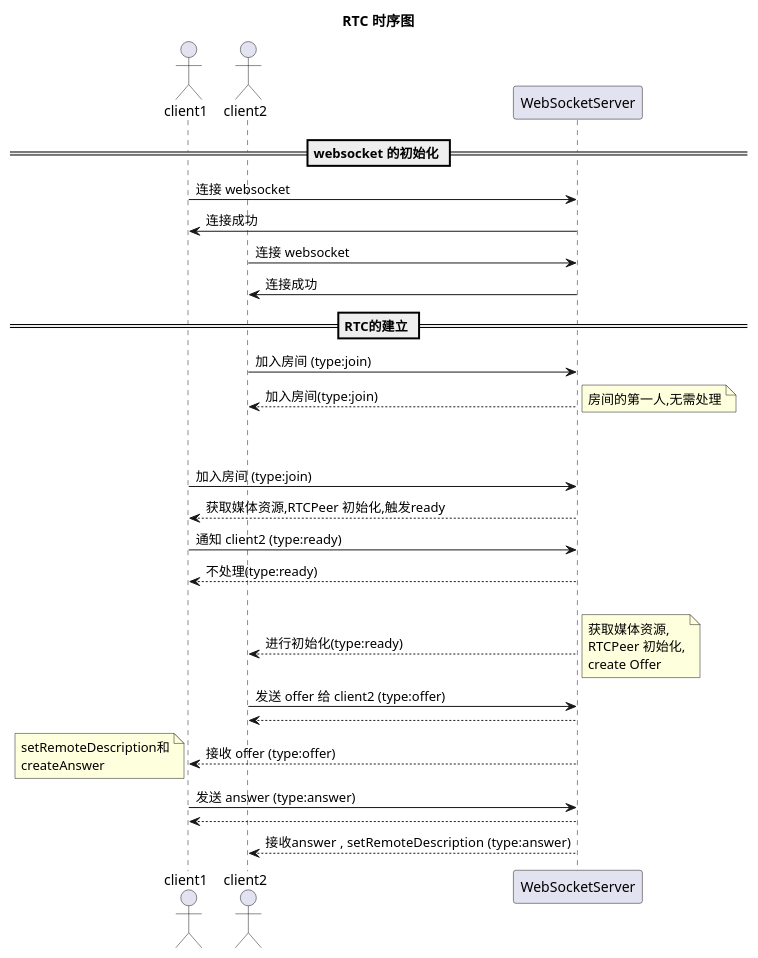
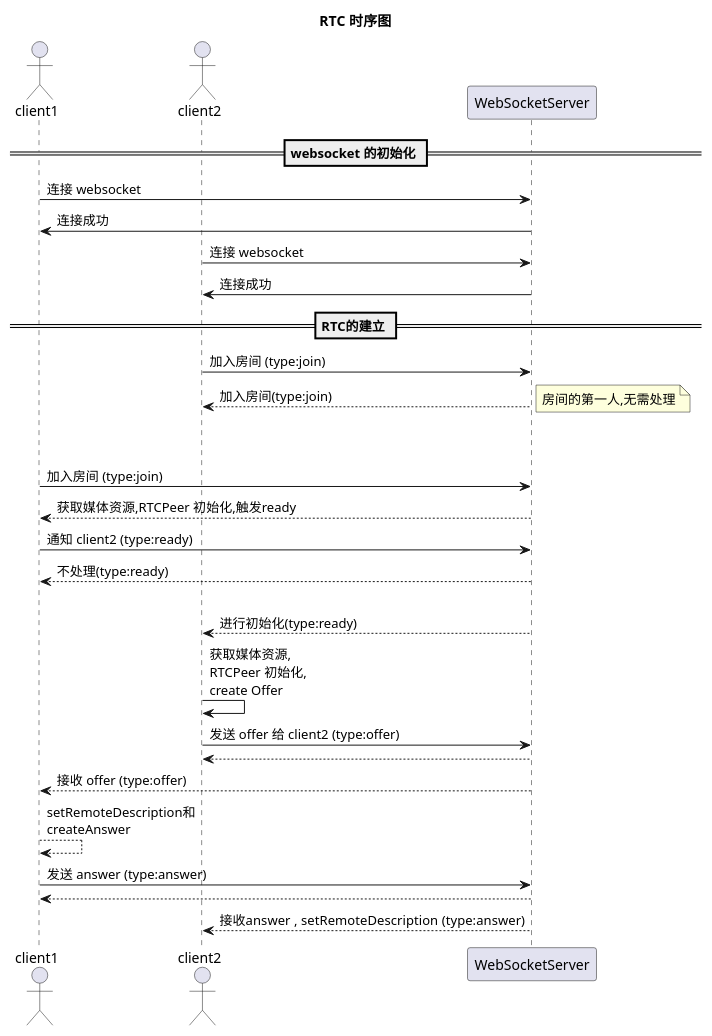
One commit to idcpj/hello_webrtc changed the diagram in docs/流程.puml. Above: the diagram before and after it, drawn with PlantUML. The commit also changed 6 other files, not shown here.

```diff
--- a/docs/流程.puml
+++ b/docs/流程.puml
@@ -1,36 +1,36 @@
 @startuml
 
 Title RTC 时序图
 
 actor       client1       as client1
 actor       client2       as client2
 participant WebSocketServer   as server
 
 == websocket 的初始化 ==
 client1 -> server: 连接 websocket
 server  -> client1: 连接成功
 client2 -> server: 连接 websocket
 server  -> client2: 连接成功
 
 == RTC的建立 ==
 client2 -> server:  加入房间 (type:join)
 return  加入房间(type:join)
 note right: 房间的第一人,无需处理
 ||45||
 client1 -> server:  加入房间 (type:join)
 return 获取媒体资源,RTCPeer 初始化,触发ready
 client1 -> server: 通知 client2 (type:ready)
 return  不处理(type:ready)
 ||20||
 server  --> client2: 进行初始化(type:ready)
-note right:获取媒体资源,\nRTCPeer 初始化,\ncreate Offer
+client2->client2: 获取媒体资源,\nRTCPeer 初始化,\ncreate Offer
 
 client2 -> server :  发送 offer 给 client2 (type:offer)
 return
 server  --> client1: 接收 offer (type:offer)
-note left: setRemoteDescription和\ncreateAnswer
+client1  --> client1: setRemoteDescription和\ncreateAnswer
 
 client1 -> server : 发送 answer (type:answer)
 return
 server --> client2 : 接收answer , setRemoteDescription  (type:answer)
 @enduml
```
